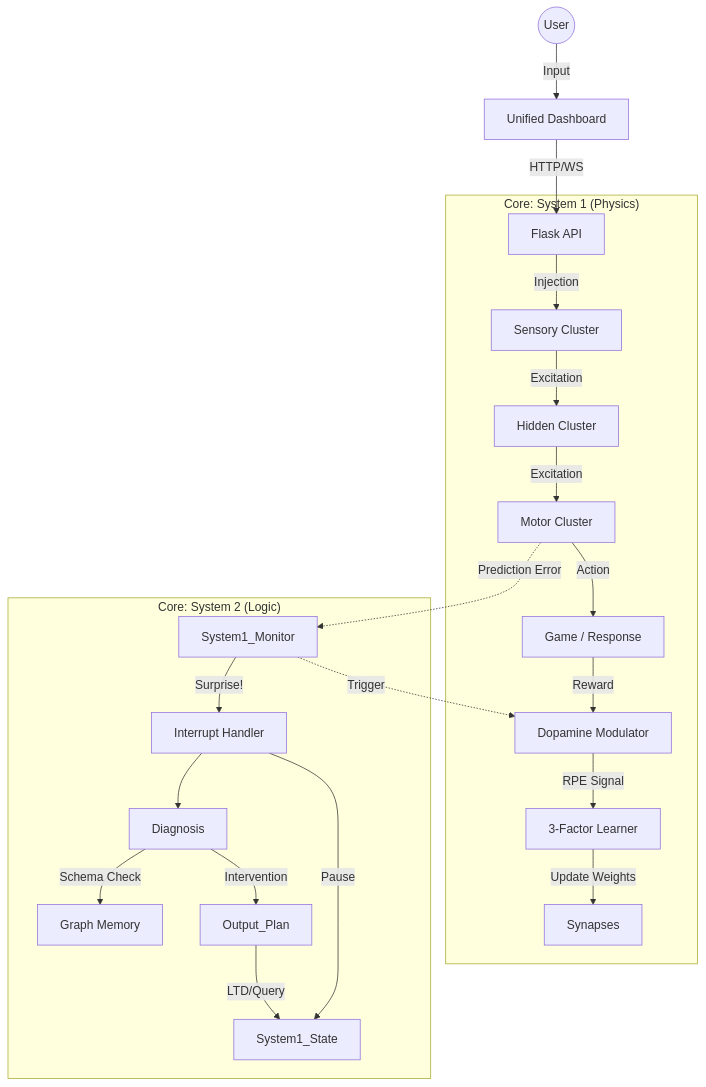
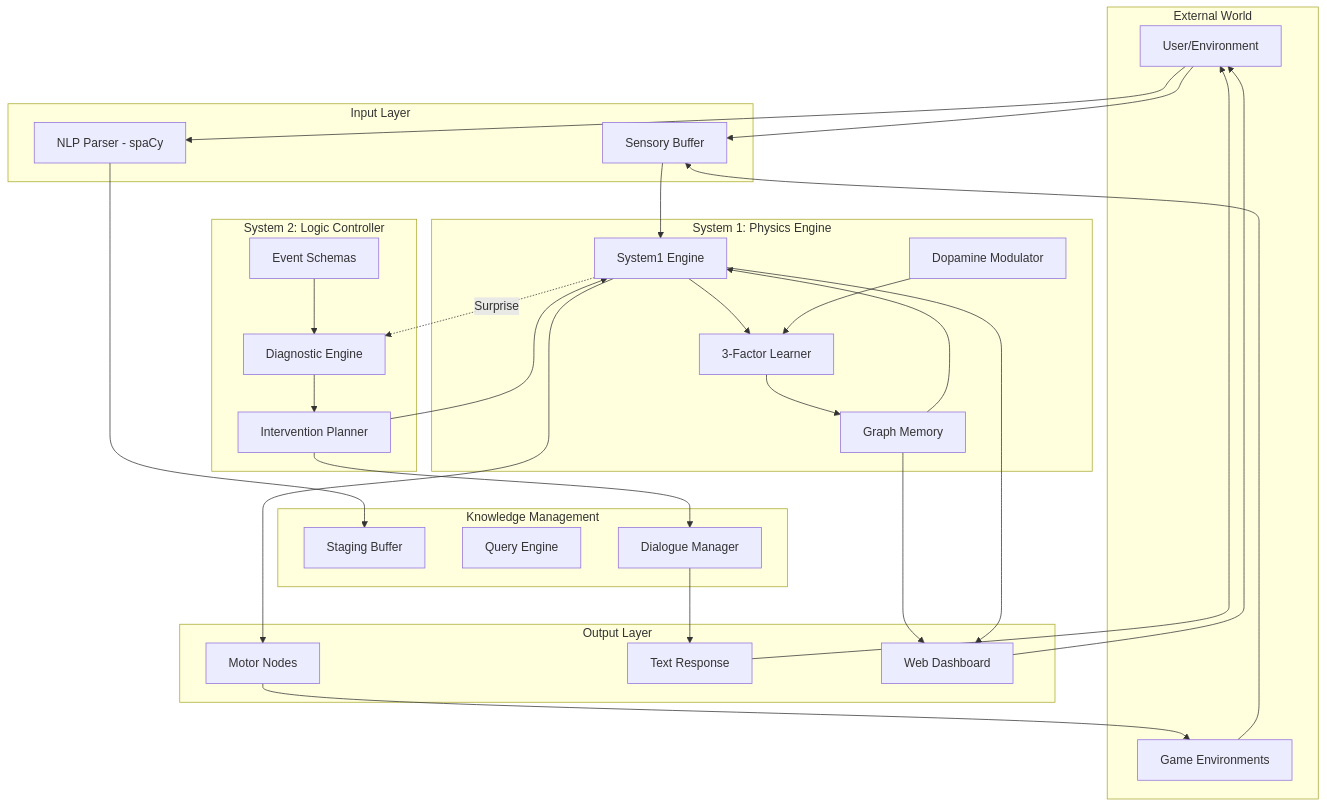
One commit to shiva2321/Neuro-Symbolic-Cognitive-Kernel changed the diagram in ARCHITECTURE.md. Above: the diagram before and after it, drawn with Mermaid. The commit also changed other lines of this file, not shown here.

Commit message:
Complete comprehensive ARCHITECTURE.md documentation with detailed analysis of entire codebase

````diff
--- a/ARCHITECTURE.md
+++ b/ARCHITECTURE.md
@@ -7,28 +95,67 @@
 ```mermaid
-graph TD
-    User((User)) -->|Input| Dashboard[Unified Dashboard]
-    Dashboard -->|HTTP/WS| API[Flask API]
-    
-    subgraph "Core: System 1 (Physics)"
-        API -->|Injection| Sensory[Sensory Cluster]
-        Sensory -->|Excitation| Hidden[Hidden Cluster]
-        Hidden -->|Excitation| Motor[Motor Cluster]
-        Motor -->|Action| Env[Game / Response]
-        
-        Env -->|Reward| Dopamine[Dopamine Modulator]
-        Dopamine -->|RPE Signal| Learning[3-Factor Learner]
-        Learning -->|Update Weights| Synapses
+graph TB
+    subgraph "External World"
+        User[User/Environment]
+        Games[Game Environments]
     end
     
-    subgraph "Core: System 2 (Logic)"
-        System1_Monitor -->|Surprise!| Interrupt[Interrupt Handler]
-        Interrupt -->|Pause| System1_State
-        Interrupt --> Diagnosis
-        Diagnosis -->|Schema Check| KnowledgeBase[Graph Memory]
-        Diagnosis -->|Intervention| Output_Plan
-        Output_Plan -->|LTD/Query| System1_State
+    subgraph "Input Layer"
+        Sensory[Sensory Buffer]
+        NLP[NLP Parser - spaCy]
     end
     
-    Motor -.->|Prediction Error| System1_Monitor
-    System1_Monitor -.->|Trigger| Dopamine
+    subgraph "System 1: Physics Engine"
+        Memory[Graph Memory]
+        Engine[System1 Engine]
+        Learning[3-Factor Learner]
+        Dopamine[Dopamine Modulator]
+        
+        Memory --> Engine
+        Engine --> Learning
+        Dopamine --> Learning
+        Learning --> Memory
+    end
+    
+    subgraph "System 2: Logic Controller"
+        Schemas[Event Schemas]
+        Diagnosis[Diagnostic Engine]
+        Intervention[Intervention Planner]
+        
+        Schemas --> Diagnosis
+        Diagnosis --> Intervention
+    end
+    
+    subgraph "Knowledge Management"
+        Staging[Staging Buffer]
+        QueryEngine[Query Engine]
+        Dialogue[Dialogue Manager]
+    end
+    
+    subgraph "Output Layer"
+        Motor[Motor Nodes]
+        Response[Text Response]
+        Visualization[Web Dashboard]
+    end
+    
+    User --> Sensory
+    User --> NLP
+    Games --> Sensory
+    
+    Sensory --> Engine
+    NLP --> Staging
+    
+    Engine --> Motor
+    Engine -.Surprise.-> Diagnosis
+    
+    Intervention --> Engine
+    Intervention --> Dialogue
+    
+    Motor --> Games
+    Dialogue --> Response
+    
+    Memory --> Visualization
+    Engine --> Visualization
+    
+    Response --> User
+    Visualization --> User
 ```
````
